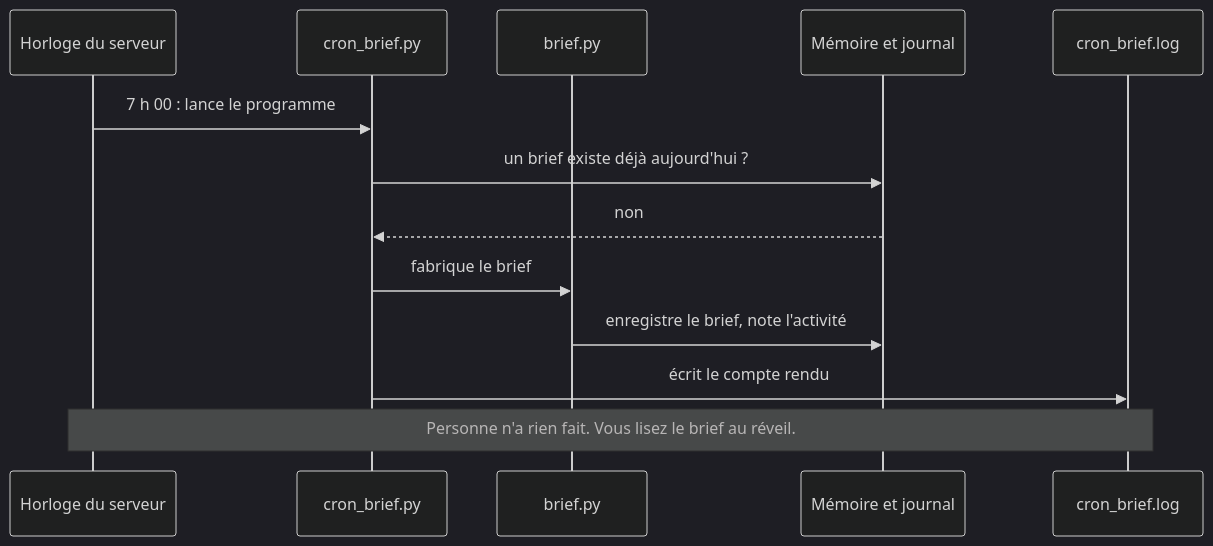
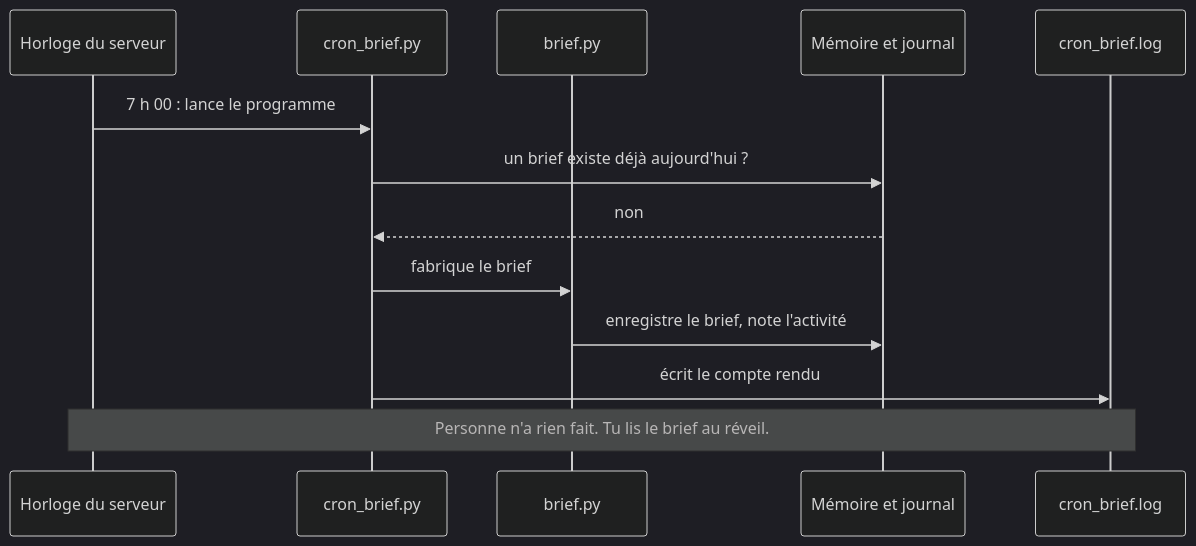
Diagram 35 of 42 in tuto-goodvibe-vibecoding.md (lecinquiemejour-code/goodvibe-tuto), drawn with Mermaid (dark theme) before and after one commit. The commit also changed other lines of this file, not shown here.

Commit message:
docs(tuto): les fiches 8 à 14 tutoient le pilote ; « À vous d'abord » devient « À toi d'abord »

````diff
--- a/tuto-goodvibe-vibecoding.md
+++ b/tuto-goodvibe-vibecoding.md
@@ -1828,15 +1828,15 @@
 ```mermaid
 sequenceDiagram
     participant H as Horloge du serveur
     participant C as cron_brief.py
     participant B as brief.py
     participant D as Mémoire et journal
     participant L as cron_brief.log
     H->>C: 7 h 00 : lance le programme
     C->>D: un brief existe déjà aujourd'hui ?
     D-->>C: non
     C->>B: fabrique le brief
     B->>D: enregistre le brief, note l'activité
     C->>L: écrit le compte rendu
-    Note over H,L: Personne n'a rien fait. Vous lisez le brief au réveil.
+    Note over H,L: Personne n'a rien fait. Tu lis le brief au réveil.
 ```
````
